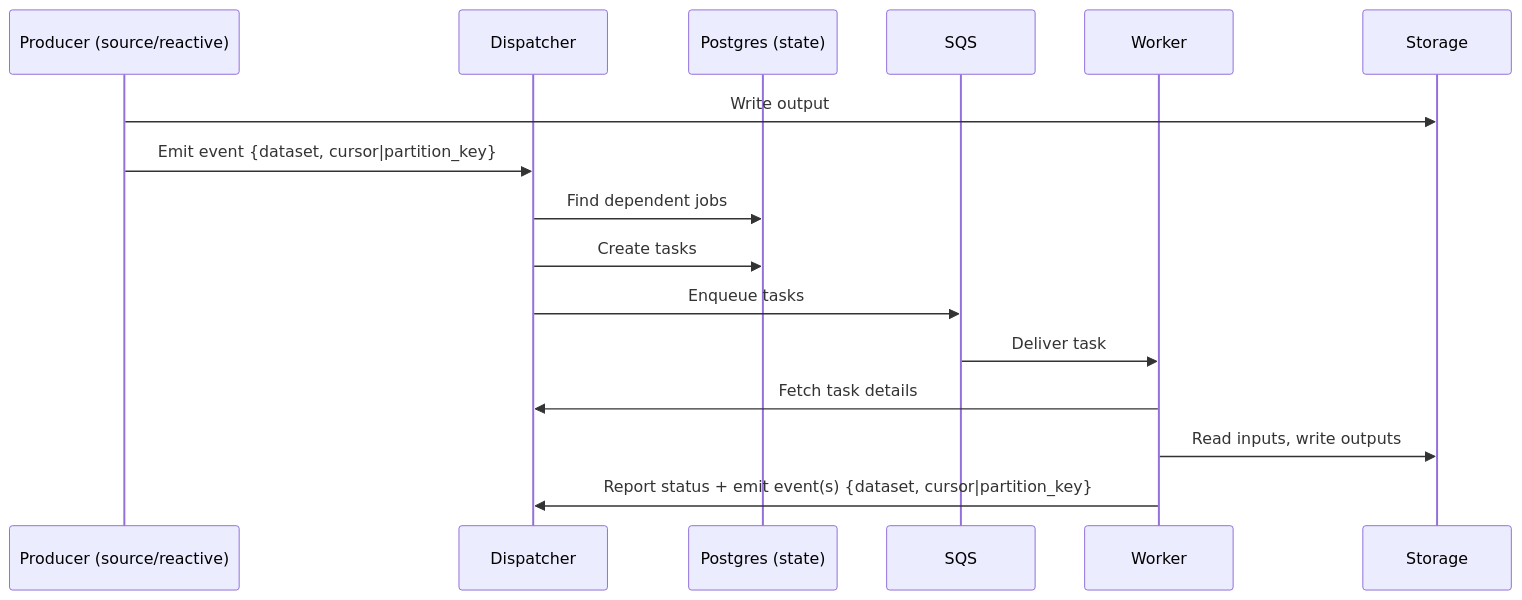
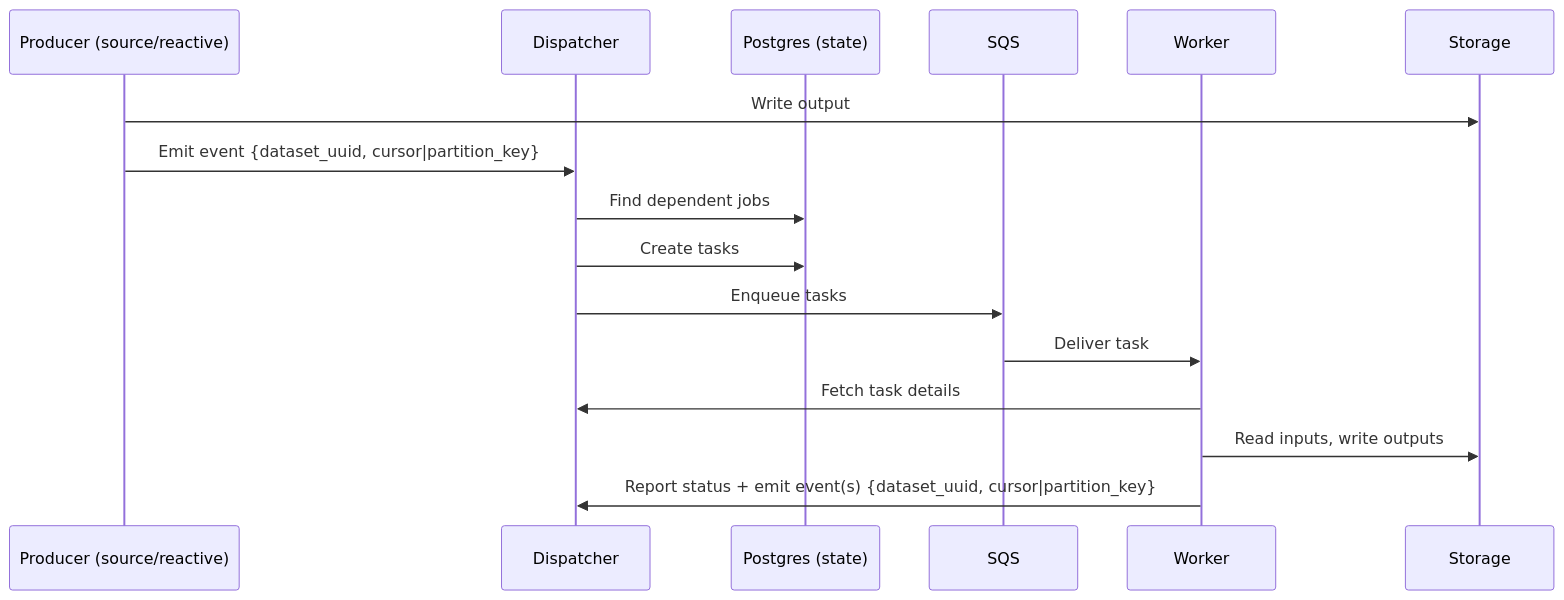
Before and after one commit to c7121/trace: the third of 4 diagrams in docs/architecture/data_versioning.md, drawn with Mermaid. The commit also changed other lines of this file and 33 other files, not shown here.

````diff
--- a/docs/architecture/data_versioning.md
+++ b/docs/architecture/data_versioning.md
@@ -316,19 +316,19 @@
 ```mermaid
 sequenceDiagram
     participant P as Producer (source/reactive)
     participant D as Dispatcher
     participant PG as Postgres (state)
     participant Q as SQS
     participant W as Worker
     participant S as Storage
 
     P->>S: Write output
-    P->>D: Emit event {dataset, cursor|partition_key}
+    P->>D: Emit event {dataset_uuid, cursor|partition_key}
     D->>PG: Find dependent jobs
     D->>PG: Create tasks
     D->>Q: Enqueue tasks
     Q->>W: Deliver task
     W->>D: Fetch task details
     W->>S: Read inputs, write outputs
-    W->>D: Report status + emit event(s) {dataset, cursor|partition_key}
+    W->>D: Report status + emit event(s) {dataset_uuid, cursor|partition_key}
 ```
````
